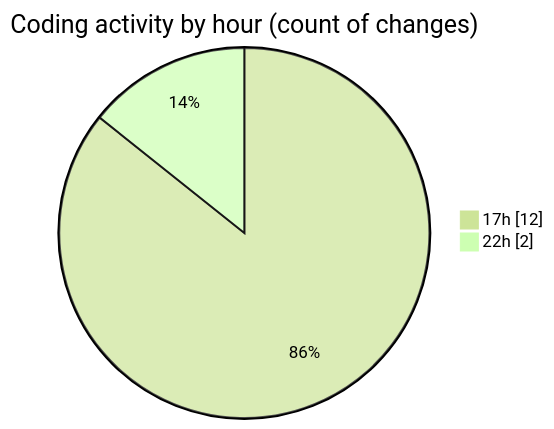
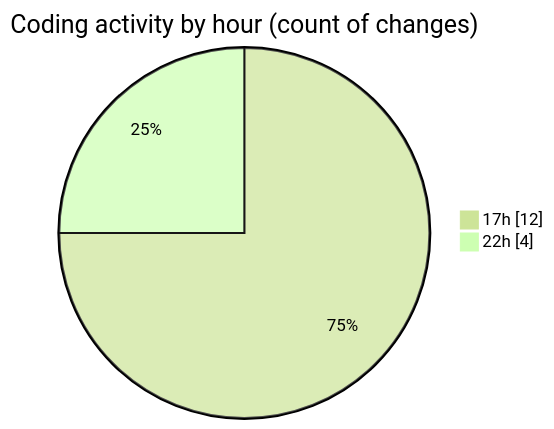
Before and after one commit to MatusMokan/code-tracking: the second of 2 diagrams in 2025-02-25/myws__workspace_/README.md, drawn with Mermaid (forest theme). The commit also changed other lines of this file and 1 other file, not shown here.

````diff
--- a/2025-02-25/myws__workspace_/README.md
+++ b/2025-02-25/myws__workspace_/README.md
@@ -32,6 +32,6 @@
 ```mermaid
 pie showData
 title Coding activity by hour (count of changes)
 "17h" : 12
-"22h" : 2
+"22h" : 4
 ```
````
